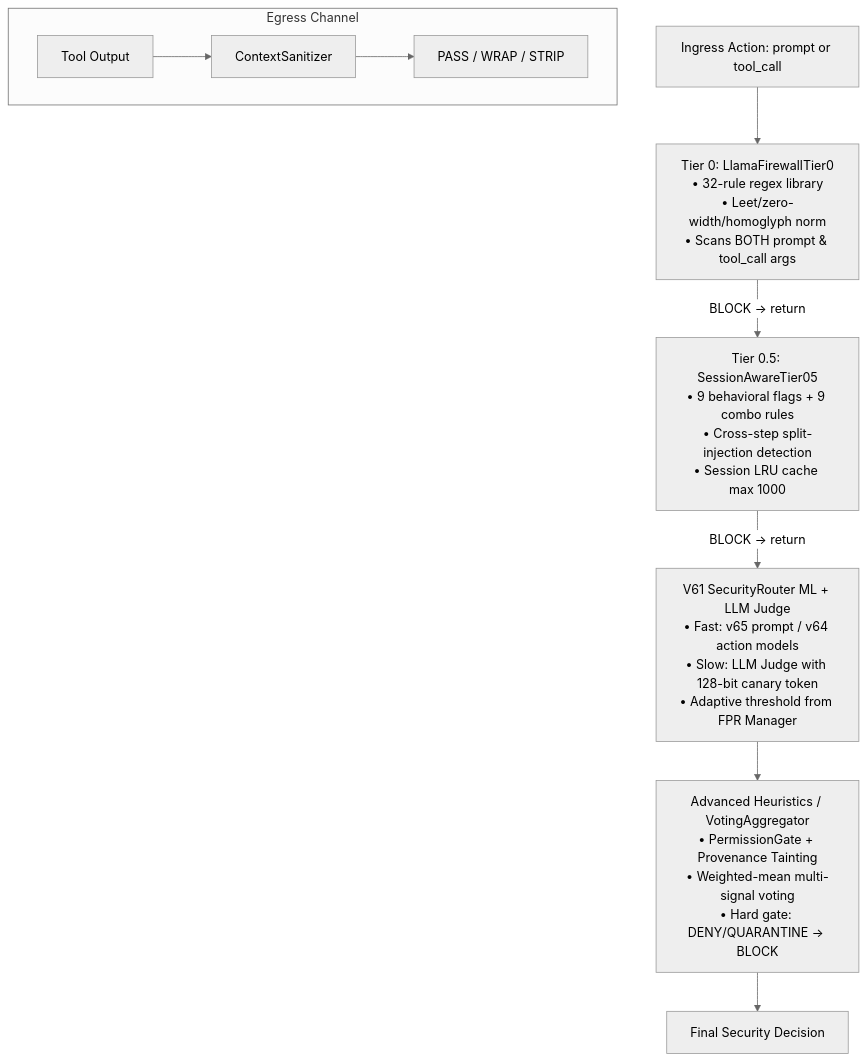
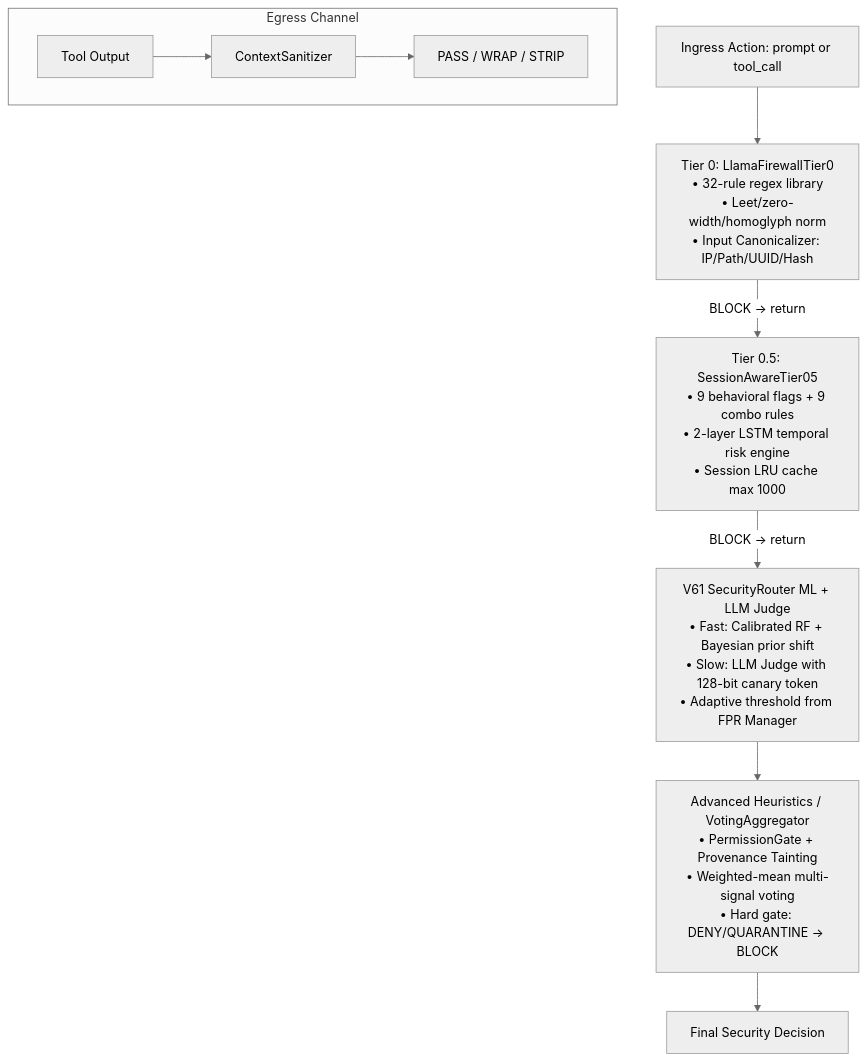
Before and after one commit to nguyenthang060706/Paper-: the diagram in pre_IEEE/ieee_gaiss_paper.md, drawn with Mermaid (neutral theme). The commit also changed other lines of this file and 2 other files, not shown here.

````diff
--- a/pre_IEEE/ieee_gaiss_paper.md
+++ b/pre_IEEE/ieee_gaiss_paper.md
@@ -62,12 +64,12 @@
 ```mermaid
 graph TD
-    A[Ingress Action: prompt or tool_call] --> B[Tier 0: LlamaFirewallTier0<br/>• 32-rule regex library<br/>• Leet/zero-width/homoglyph norm<br/>• Scans BOTH prompt & tool_call args]
-    B -->|BLOCK -> return| C[Tier 0.5: SessionAwareTier05<br/>• 9 behavioral flags + 9 combo rules<br/>• Cross-step split-injection detection<br/>• Session LRU cache max 1000]
-    C -->|BLOCK -> return| D[V61 SecurityRouter ML + LLM Judge<br/>• Fast: v65 prompt / v64 action models<br/>• Slow: LLM Judge with 128-bit canary token<br/>• Adaptive threshold from FPR Manager]
+    A[Ingress Action: prompt or tool_call] --> B[Tier 0: LlamaFirewallTier0<br/>• 32-rule regex library<br/>• Leet/zero-width/homoglyph norm<br/>• Input Canonicalizer: IP/Path/UUID/Hash]
+    B -->|BLOCK -> return| C[Tier 0.5: SessionAwareTier05<br/>• 9 behavioral flags + 9 combo rules<br/>• 2-layer LSTM temporal risk engine<br/>• Session LRU cache max 1000]
+    C -->|BLOCK -> return| D[V61 SecurityRouter ML + LLM Judge<br/>• Fast: Calibrated RF + Bayesian prior shift<br/>• Slow: LLM Judge with 128-bit canary token<br/>• Adaptive threshold from FPR Manager]
     D --> E[Advanced Heuristics / VotingAggregator<br/>• PermissionGate + Provenance Tainting<br/>• Weighted-mean multi-signal voting<br/>• Hard gate: DENY/QUARANTINE -> BLOCK]
     E --> F[Final Security Decision]
     
     subgraph Egress Channel
     G[Tool Output] --> H[ContextSanitizer] --> I[PASS / WRAP / STRIP]
     end
 ```
````
